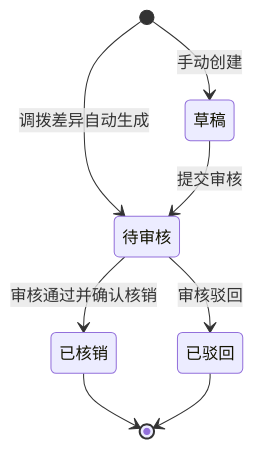
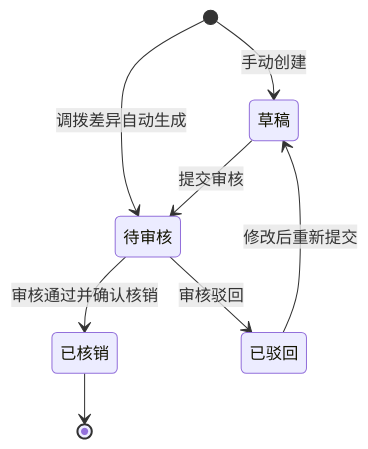
Before and after one commit to lophyJessica/forge-crm: the diagram in prd-docs/报损管理/报损单/报损单主PRD.md, drawn with Mermaid. The commit also changed other lines of this file and 40 other files, not shown here.

````diff
--- a/prd-docs/报损管理/报损单/报损单主PRD.md
+++ b/prd-docs/报损管理/报损单/报损单主PRD.md
@@ -71,10 +71,10 @@
 ```mermaid
 stateDiagram-v2
     [*] --> 草稿: 手动创建
     [*] --> 待审核: 调拨差异自动生成
     草稿 --> 待审核: 提交审核
     待审核 --> 已核销: 审核通过并确认核销
     待审核 --> 已驳回: 审核驳回
+    已驳回 --> 草稿: 修改后重新提交
     已核销 --> [*]
-    已驳回 --> [*]
 ```
````
